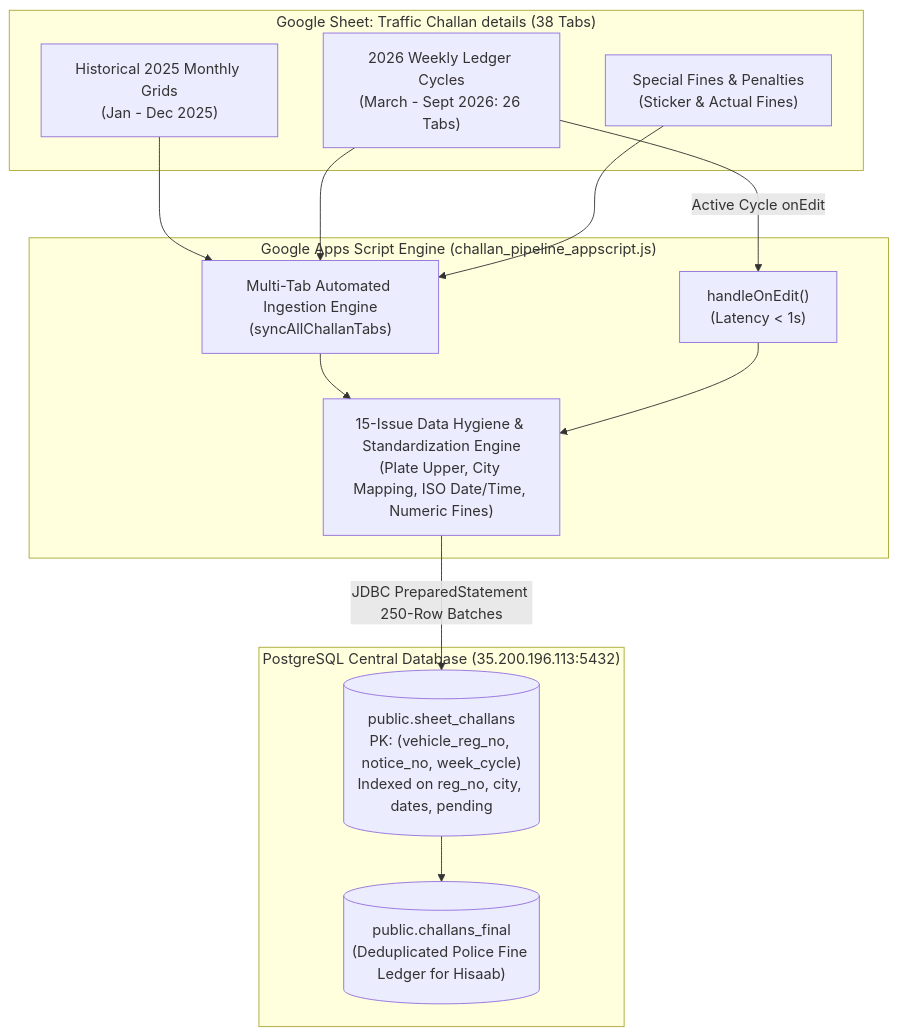
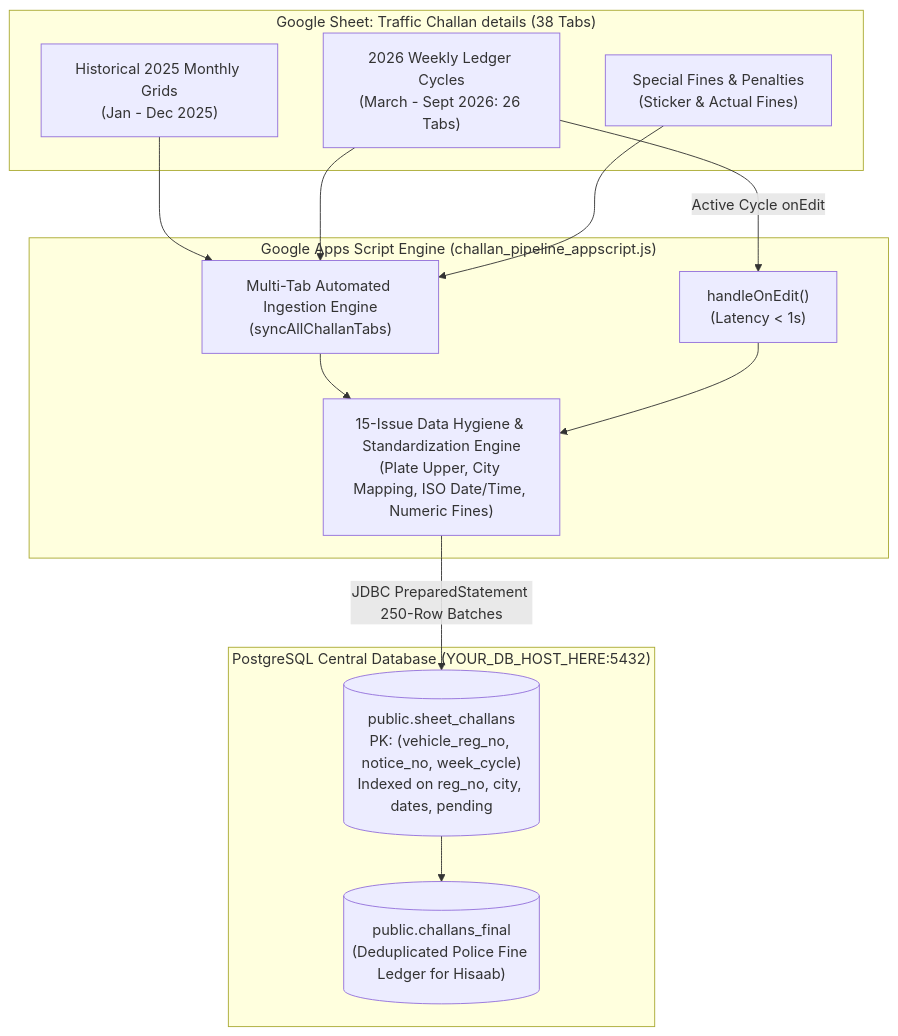
One commit to aayush-letzryd/backend changed the diagram in Traffic Challan Google Sheet/README.md. Above: the diagram before and after it, drawn with Mermaid. The commit also changed other lines of this file and 18 other files, not shown here.

````diff
--- a/Traffic Challan Google Sheet/README.md
+++ b/Traffic Challan Google Sheet/README.md
@@ -35,23 +35,23 @@
 ```mermaid
 flowchart TD
     subgraph MultiTabSource ["Google Sheet: Traffic Challan details (38 Tabs)"]
         W1["Historical 2025 Monthly Grids<br>(Jan - Dec 2025)"]
         W2["2026 Weekly Ledger Cycles<br>(March - Sept 2026: 26 Tabs)"]
         W3["Special Fines & Penalties<br>(Sticker & Actual Fines)"]
     end
 
     subgraph PipelineEngine ["Google Apps Script Engine (challan_pipeline_appscript.js)"]
         W1 --> M["Multi-Tab Automated Ingestion Engine<br>(syncAllChallanTabs)"]
         W2 --> M
         W3 --> M
         W2 -->|Active Cycle onEdit| OE["handleOnEdit()<br>(Latency &lt; 1s)"]
         
         M --> S["15-Issue Data Hygiene & Standardization Engine<br>(Plate Upper, City Mapping, ISO Date/Time, Numeric Fines)"]
         OE --> S
     end
 
-    subgraph DatabaseLayer ["PostgreSQL Central Database (35.200.196.113:5432)"]
+    subgraph DatabaseLayer ["PostgreSQL Central Database (YOUR_DB_HOST_HERE:5432)"]
         S -->|JDBC PreparedStatement 250-Row Batches| DB[("public.sheet_challans<br>PK: (vehicle_reg_no, notice_no, week_cycle)<br>Indexed on reg_no, city, dates, pending")]
         DB --> F[("public.challans_final<br>(Deduplicated Police Fine Ledger for Hisaab)")]
     end
 ```
````
